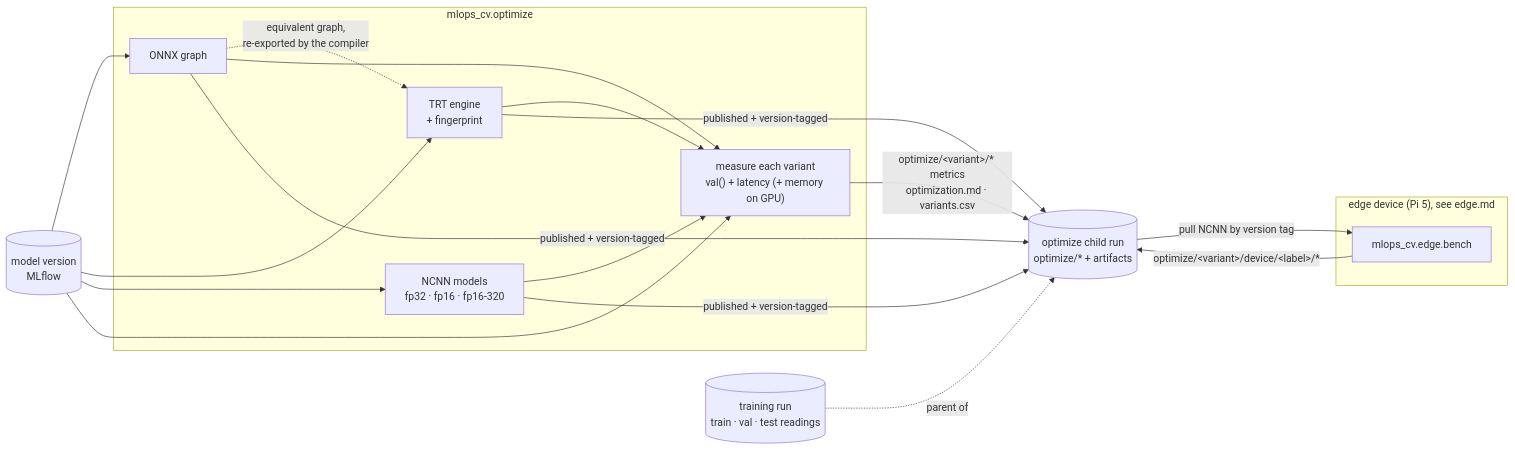
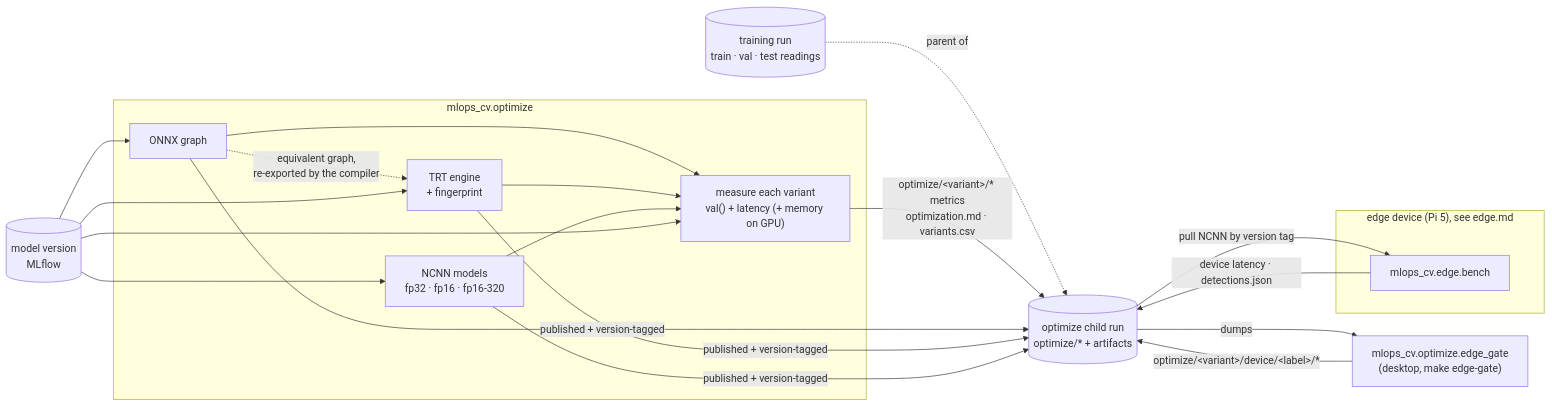
Before and after one commit to vtarasv/mlops-cv: the diagram in docs/optimization.md, drawn with Mermaid. The commit also changed other lines of this file and 27 other files, not shown here.

````diff
--- a/docs/optimization.md
+++ b/docs/optimization.md
@@ -19,34 +19,37 @@
 ```mermaid
 flowchart LR
   model[("model version<br/>MLflow")]
 
   subgraph harness["mlops_cv.optimize"]
     portable["ONNX graph"]
     engines["TRT engine<br/>+ fingerprint"]
     ncnn["NCNN models<br/>fp32 · fp16 · fp16-320"]
     measure["measure each variant<br/>val() + latency (+ memory on GPU)"]
     portable -.->|"equivalent graph,<br/>re-exported by the compiler"| engines
     portable --> measure
     engines --> measure
     ncnn --> measure
   end
 
   subgraph device["edge device (Pi 5), see edge.md"]
     bench["mlops_cv.edge.bench"]
   end
+  edgegate["mlops_cv.optimize.edge_gate<br/>(desktop, make edge-gate)"]
 
   train[("training run<br/>train · val · test readings")]
   record[("optimize child run<br/>optimize/* + artifacts")]
 
   model --> portable
   model --> engines
   model --> ncnn
   model --> measure
   train -.->|"parent of"| record
   measure -->|"optimize/&lt;variant&gt;/* metrics<br/>optimization.md · variants.csv"| record
   portable -->|"published + version-tagged"| record
   engines -->|"published + version-tagged"| record
   ncnn -->|"published + version-tagged"| record
   record -->|"pull NCNN by version tag"| bench
-  bench -->|"optimize/&lt;variant&gt;/device/&lt;label&gt;/*"| record
+  bench -->|"device latency · detections.json"| record
+  record -->|"dumps"| edgegate
+  edgegate -->|"optimize/&lt;variant&gt;/device/&lt;label&gt;/*"| record
 ```
````
